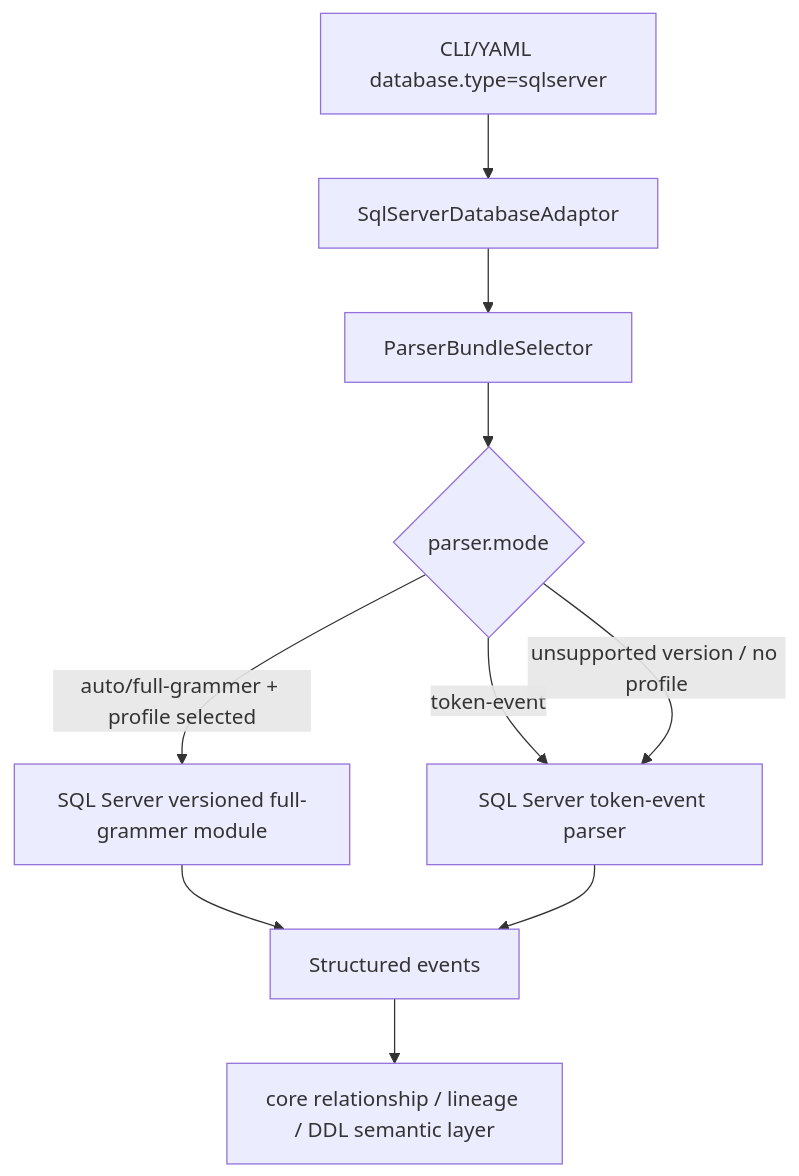
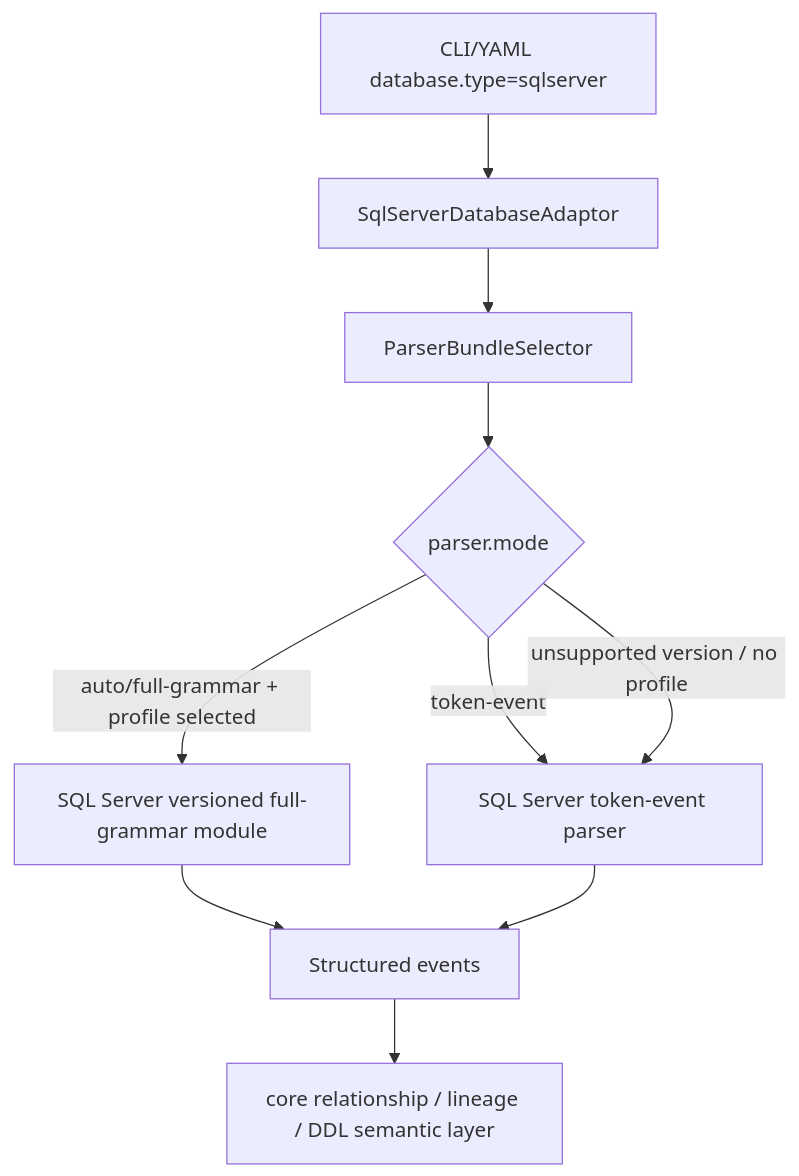
Before and after one commit to xiaoguang/relation-detector: the diagram in docs/design/relation-detector/phase-10-sqlserver-adaptor.md, drawn with Mermaid. The commit also changed other lines of this file and 1716 other files, not shown here.

````diff
--- a/docs/design/relation-detector/phase-10-sqlserver-adaptor.md
+++ b/docs/design/relation-detector/phase-10-sqlserver-adaptor.md
@@ -101,12 +101,12 @@
 ```mermaid
 flowchart TD
   A["CLI/YAML database.type=sqlserver"] --> B["SqlServerDatabaseAdaptor"]
   B --> C["ParserBundleSelector"]
   C --> D{"parser.mode"}
   D -->|"token-event"| E["SQL Server token-event parser"]
-  D -->|"auto/full-grammer + profile selected"| F["SQL Server versioned full-grammer module"]
+  D -->|"auto/full-grammar + profile selected"| F["SQL Server versioned full-grammar module"]
   D -->|"unsupported version / no profile"| E
   F --> G["Structured events"]
   E --> G
   G --> H["core relationship / lineage / DDL semantic layer"]
 ```
````
